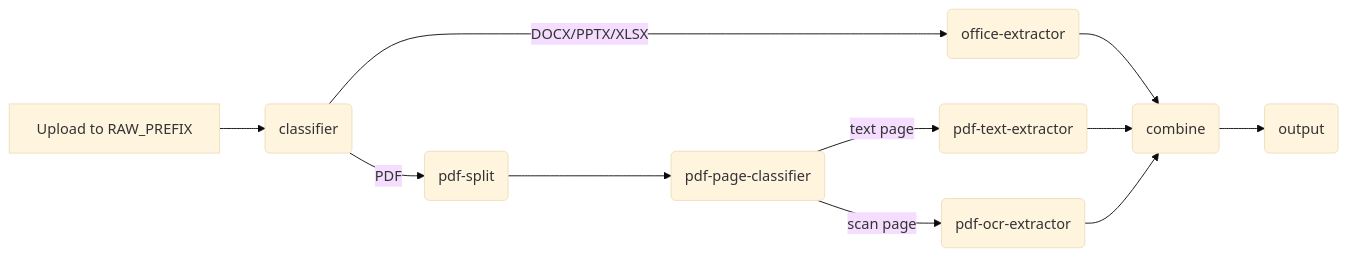
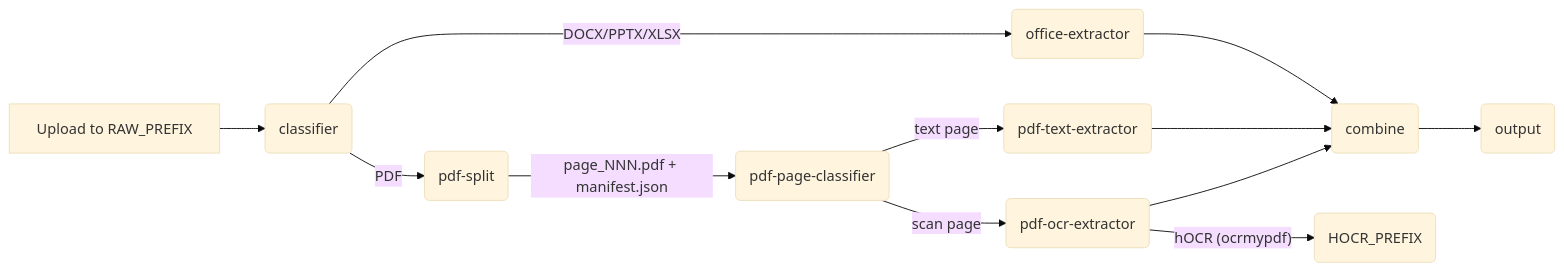
The diagram in services/idp/README.md (ksinha49/ai-workloads), drawn with Mermaid (base theme) before and after one commit.

Commit message:
docs: update IDP workflow diagram

````diff
--- a/services/idp/README.md
+++ b/services/idp/README.md
@@ -46,13 +46,14 @@
 ```mermaid
 flowchart LR
     A["Upload to RAW_PREFIX"] --> B(classifier)
     B -- "DOCX/PPTX/XLSX" --> C(office-extractor)
     B -- "PDF" --> D(pdf-split)
-    D --> E(pdf-page-classifier)
+    D -- "page_NNN.pdf + manifest.json" --> E(pdf-page-classifier)
     E -- "text page" --> F(pdf-text-extractor)
     E -- "scan page" --> G(pdf-ocr-extractor)
     C --> H(combine)
     F --> H
     G --> H
+    G -- "hOCR (ocrmypdf)" --> J(HOCR_PREFIX)
     H --> I(output)
 ```
````
